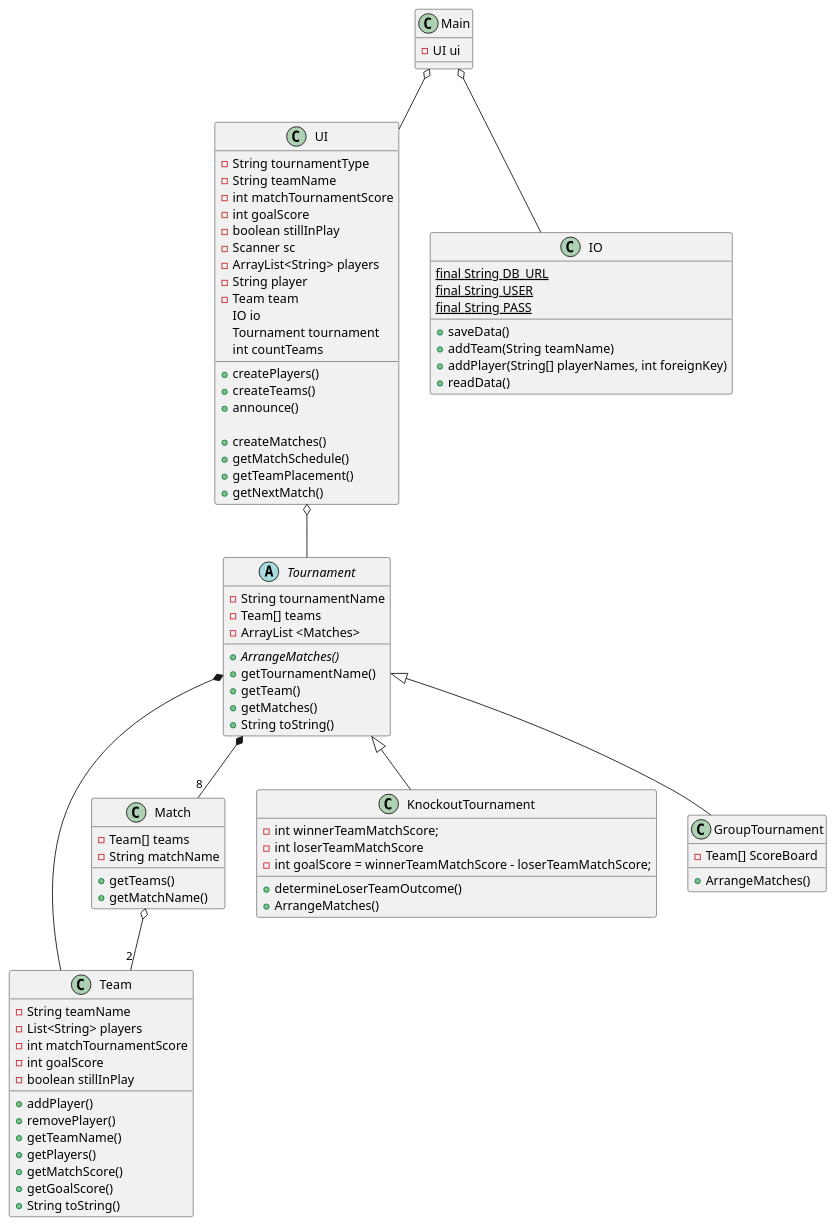
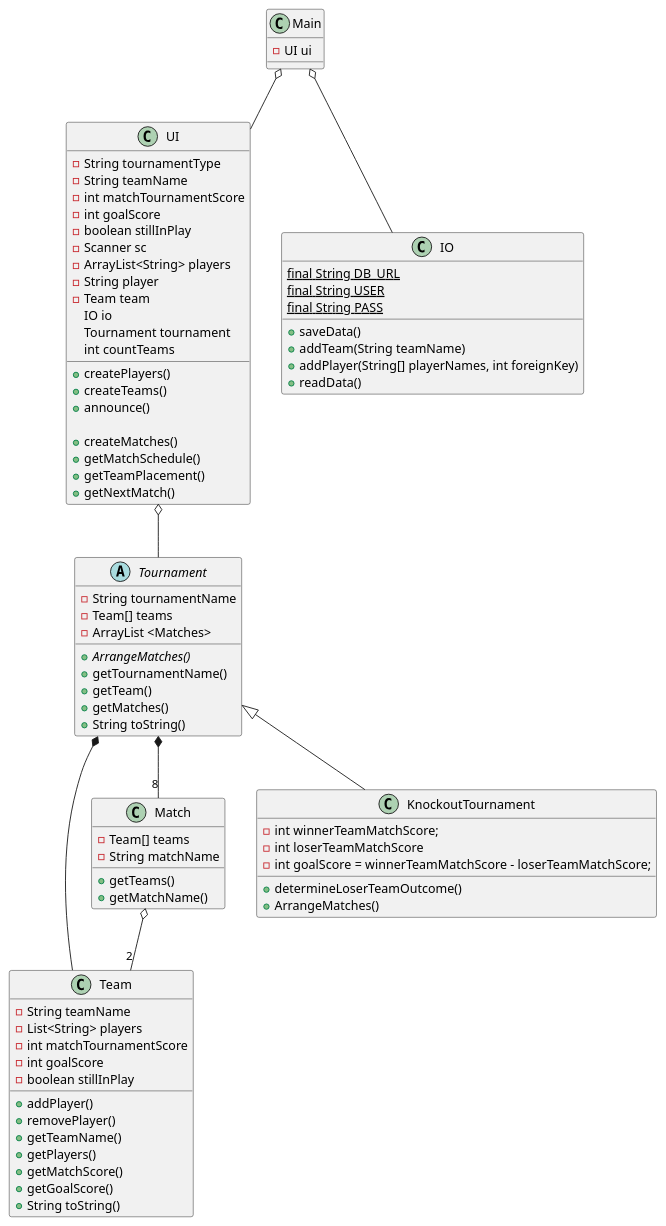
Before and after one commit to DeRp-DaWg/SP3: the diagram in doc/Class.puml, drawn with PlantUML. The commit also changed 2 other files, not shown here.

```diff
--- a/doc/Class.puml
+++ b/doc/Class.puml
@@ -1,96 +1,90 @@
 @startuml
 'https://plantuml.com/class-diagram
 
 class Main{
 -UI ui
 }
 
 
 class Team {
 -String teamName
 -List<String> players
 -int matchTournamentScore
 -int goalScore
 -boolean stillInPlay
 +addPlayer()
 +removePlayer()
 +getTeamName()
 +getPlayers()
 +getMatchScore()
 +getGoalScore()
 +String toString()
 }
 
 class Match{
 -Team[] teams
 -String matchName
 +getTeams()
 +getMatchName()
 }
 
 abstract Tournament {
 -String tournamentName
 -Team[] teams
 -ArrayList <Matches>
 +{abstract}ArrangeMatches()
 +getTournamentName()
 +getTeam()
 +getMatches()
 +String toString()
 }
 
 class KnockoutTournament{
 -int winnerTeamMatchScore;
 -int loserTeamMatchScore
 -int goalScore = winnerTeamMatchScore - loserTeamMatchScore;
 +determineLoserTeamOutcome()
 +ArrangeMatches()
 }
 
-class GroupTournament{
--Team[] ScoreBoard
-+ArrangeMatches()
-}
-
 class UI {
 -String tournamentType
 -String teamName
 -int matchTournamentScore
 -int goalScore
 -boolean stillInPlay
 -Scanner sc
 -ArrayList<String> players
 -String player
 -Team team
 IO io
 Tournament tournament
 int countTeams
 +createPlayers()
 +createTeams()
 + announce()
 
 +createMatches()
 +getMatchSchedule()
 +getTeamPlacement()
 +getNextMatch()
 }
 
 class IO {
 {static}final String DB_URL
 {static}final String USER
 {static}final String PASS
 +saveData()
 +addTeam(String teamName)
 +addPlayer(String[] playerNames, int foreignKey)
 +readData()
 }
 
 UI o-- Tournament
 Main o-- IO
 Tournament *-- "8" Match
 Tournament *-- Team
 Match o-- "2" Team
 Tournament <|-- KnockoutTournament
-Tournament <|-- GroupTournament
 Main o-- UI
 @enduml
```
